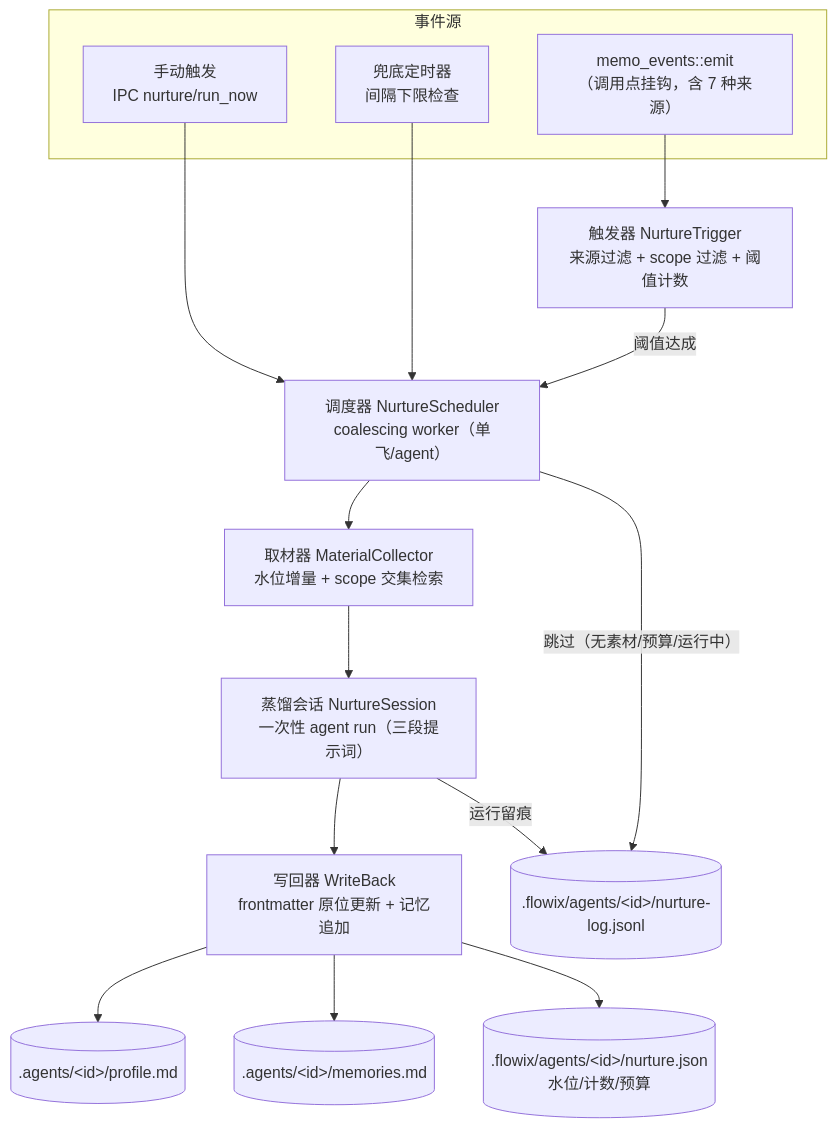
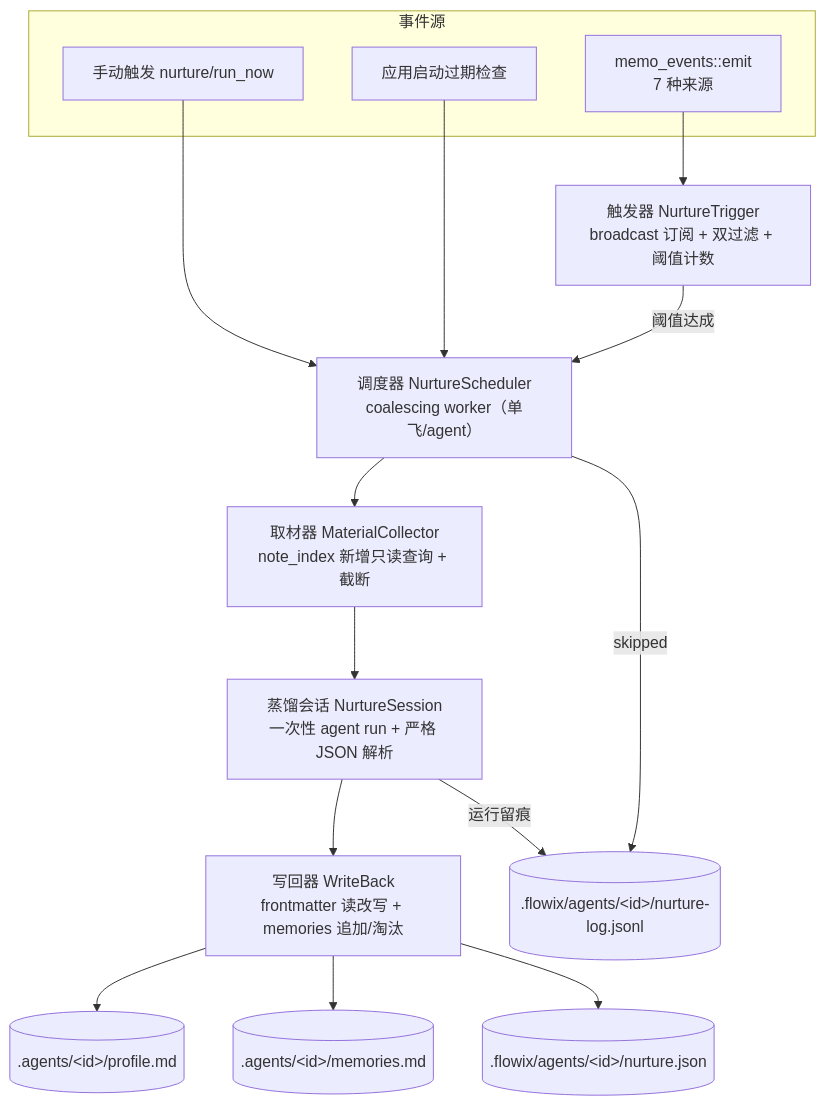
The diagram in docs/AGENT-NURTURE-PIPELINE.md (adrenalineinmyveins/flowix), drawn with Mermaid before and after one commit. The commit also changed other lines of this file, not shown here.

````diff
--- a/docs/AGENT-NURTURE-PIPELINE.md
+++ b/docs/AGENT-NURTURE-PIPELINE.md
@@ -44,28 +46,28 @@
 ```mermaid
 flowchart TB
     subgraph sources["事件源"]
-        ME["memo_events::emit<br/>（调用点挂钩，含 7 种来源）"]
-        MAN["手动触发<br/>IPC nurture/run_now"]
-        TM["兜底定时器<br/>间隔下限检查"]
+        ME["memo_events::emit<br/>7 种来源"]
+        MAN["手动触发 nurture/run_now"]
+        BOOT["应用启动过期检查"]
     end
-    TR["触发器 NurtureTrigger<br/>来源过滤 + scope 过滤 + 阈值计数"]
+    TR["触发器 NurtureTrigger<br/>broadcast 订阅 + 双过滤 + 阈值计数"]
     SC["调度器 NurtureScheduler<br/>coalescing worker（单飞/agent）"]
-    MC["取材器 MaterialCollector<br/>水位增量 + scope 交集检索"]
-    DS["蒸馏会话 NurtureSession<br/>一次性 agent run（三段提示词）"]
-    WB["写回器 WriteBack<br/>frontmatter 原位更新 + 记忆追加"]
+    MC["取材器 MaterialCollector<br/>note_index 新增只读查询 + 截断"]
+    DS["蒸馏会话 NurtureSession<br/>一次性 agent run + 严格 JSON 解析"]
+    WB["写回器 WriteBack<br/>frontmatter 读改写 + memories 追加/淘汰"]
     LOG[(".flowix/agents/&lt;id&gt;/nurture-log.jsonl")]
     PROF[(".agents/&lt;id&gt;/profile.md")]
     MEM[(".agents/&lt;id&gt;/memories.md")]
-    ST[(".flowix/agents/&lt;id&gt;/nurture.json<br/>水位/计数/预算")]
+    ST[(".flowix/agents/&lt;id&gt;/nurture.json")]
 
     ME --> TR
     MAN --> SC
-    TM --> SC
+    BOOT --> SC
     TR -->|"阈值达成"| SC
     SC --> MC --> DS --> WB
     WB --> PROF
     WB --> MEM
     WB --> ST
     DS -->|"运行留痕"| LOG
-    SC -->|"跳过（无素材/预算/运行中）"| LOG
+    SC -->|"skipped"| LOG
 ```
````
